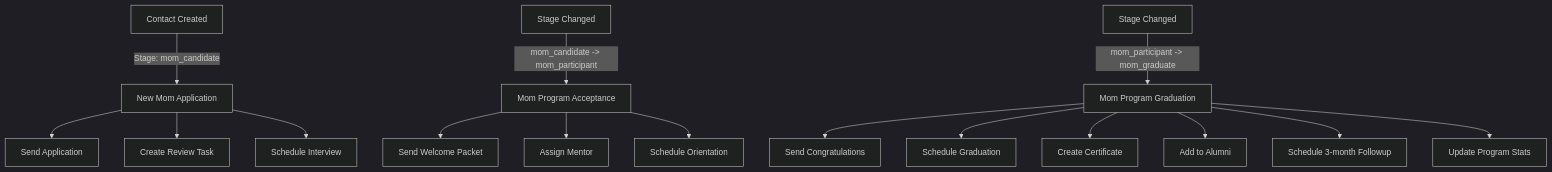
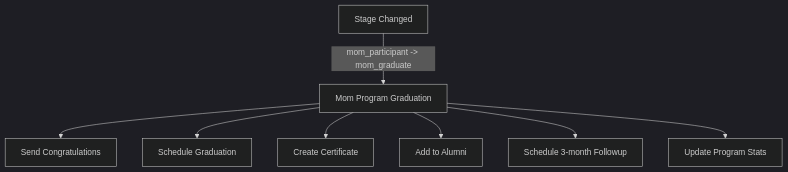
Before and after one commit to Apistolic/boh-larament: the seventh of 8 diagrams in app/Docs/Workflows.md, drawn with Mermaid (dark theme). The commit also changed other lines of this file, not shown here.

````diff
--- a/app/Docs/Workflows.md
+++ b/app/Docs/Workflows.md
@@ -46,23 +86,11 @@
 ```mermaid
 flowchart TD
-    %% Mom Program Flow
-    A[Contact Created] -->|Stage: mom_candidate| B[New Mom Application]
-    B --> C[Send Application]
-    B --> D[Create Review Task]
-    B --> E[Schedule Interview]
-    
-    %% Mom Acceptance
-    F[Stage Changed] -->|mom_candidate -> mom_participant| G[Mom Program Acceptance]
-    G --> H[Send Welcome Packet]
-    G --> I[Assign Mentor]
-    G --> J[Schedule Orientation]
-    
     %% Mom Graduation
     K[Stage Changed] -->|mom_participant -> mom_graduate| L[Mom Program Graduation]
     L --> M[Send Congratulations]
     L --> N[Schedule Graduation]
     L --> O[Create Certificate]
     L --> P[Add to Alumni]
     L --> Q[Schedule 3-month Followup]
     L --> R[Update Program Stats]
 ```
````
